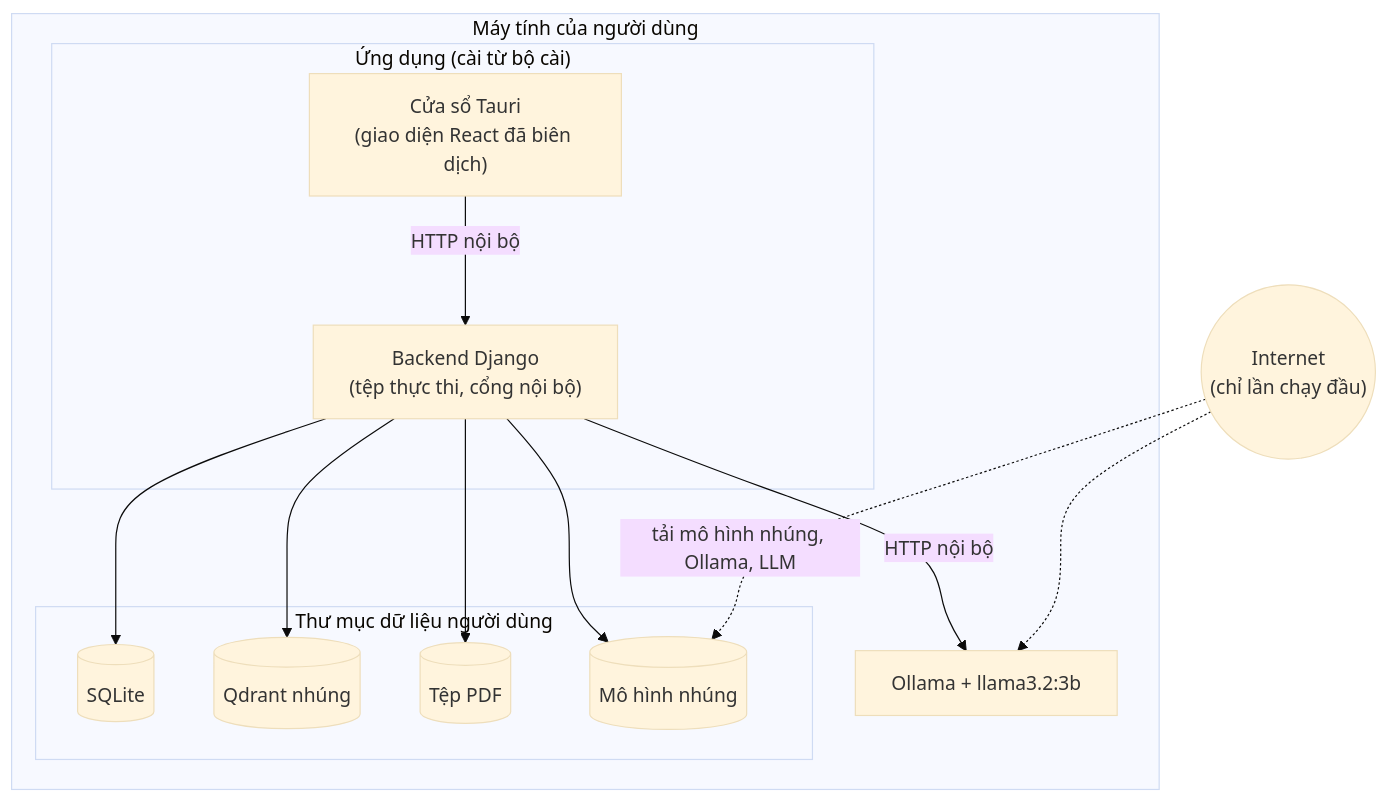
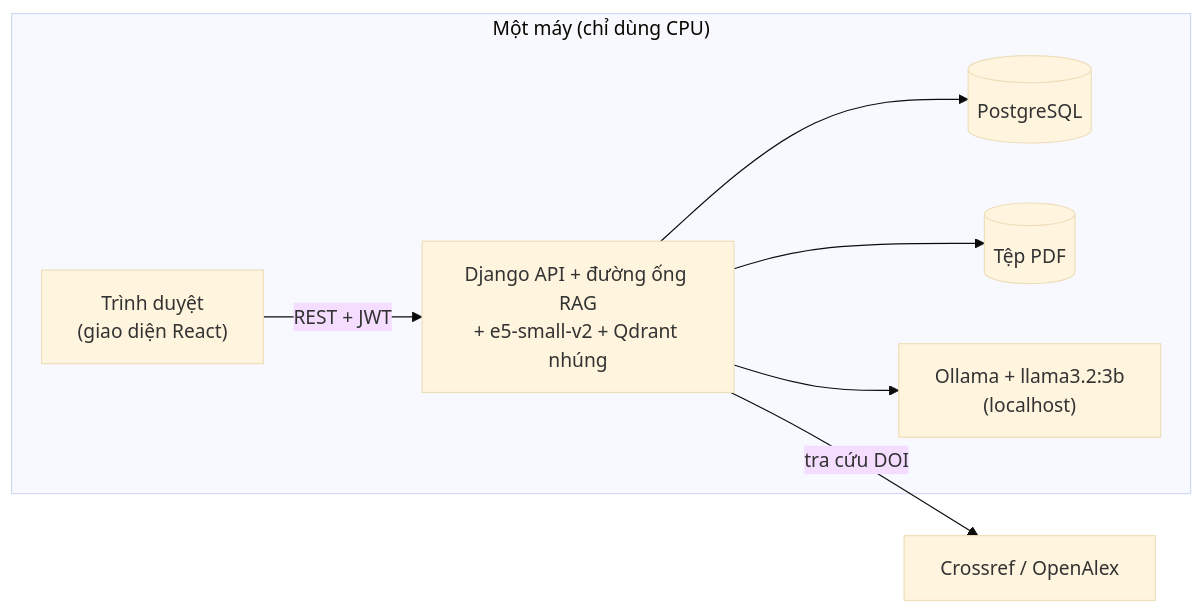
One commit to Scrowbin/science-document-viewer changed the fourth of 11 diagrams in DU_AN_CNTT_TOAN_VAN.md. Above: the diagram before and after it, drawn with Mermaid (base theme). The commit also changed other lines of this file and 71 other files, not shown here.

````diff
--- a/DU_AN_CNTT_TOAN_VAN.md
+++ b/DU_AN_CNTT_TOAN_VAN.md
@@ -783,22 +800,10 @@
 ```mermaid
-graph TB
-    subgraph PC["Máy tính của người dùng"]
-        subgraph APP["Ứng dụng (cài từ bộ cài)"]
-            W["Cửa sổ Tauri<br/>(giao diện React đã biên dịch)"]
-            S["Backend Django<br/>(tệp thực thi, cổng nội bộ)"]
-        end
-        subgraph DATA["Thư mục dữ liệu người dùng"]
-            DB[("SQLite")]
-            QD[("Qdrant nhúng")]
-            F[("Tệp PDF")]
-            M[("Mô hình nhúng")]
-        end
-        O["Ollama + llama3.2:3b"]
+graph LR
+    subgraph PC["Một máy (chỉ dùng CPU)"]
+        B["Trình duyệt<br/>(giao diện React)"] -->|REST + JWT| D["Django API + đường ống RAG<br/>+ e5-small-v2 + Qdrant nhúng"]
+        D --> DB[("PostgreSQL")]
+        D --> F[("Tệp PDF")]
+        D --> O["Ollama + llama3.2:3b<br/>(localhost)"]
     end
-    NET(("Internet<br/>(chỉ lần chạy đầu)"))
-    W -->|HTTP nội bộ| S
-    S --> DB & QD & F & M
-    S -->|HTTP nội bộ| O
-    NET -.->|tải mô hình nhúng, Ollama, LLM| M
-    NET -.-> O
+    D -->|tra cứu DOI| EXT["Crossref / OpenAlex"]
 ```
````
